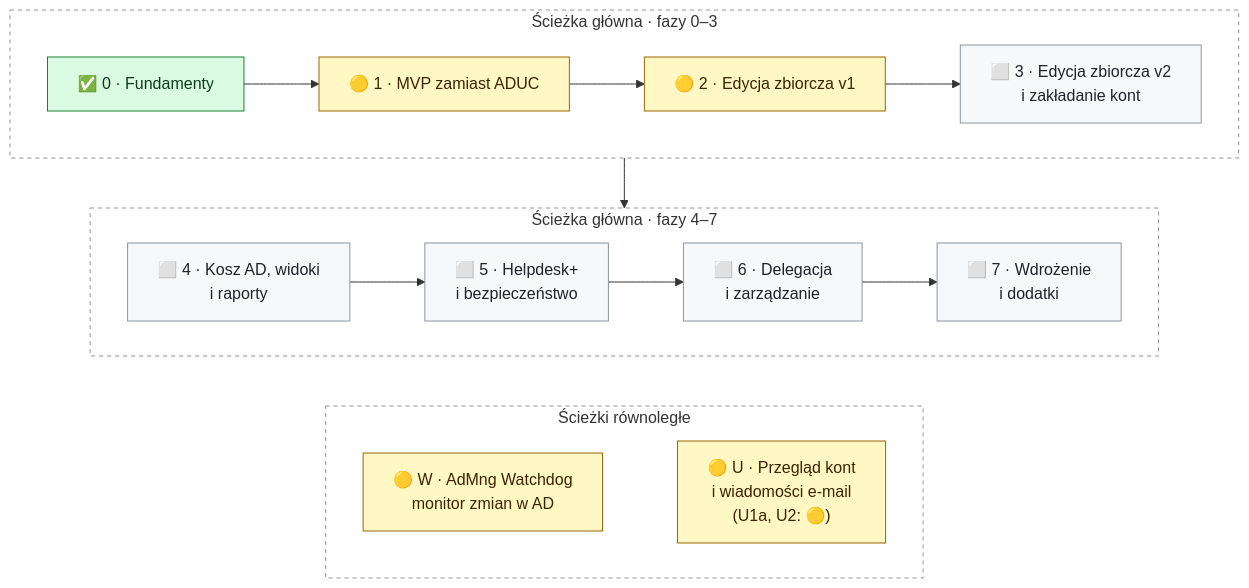
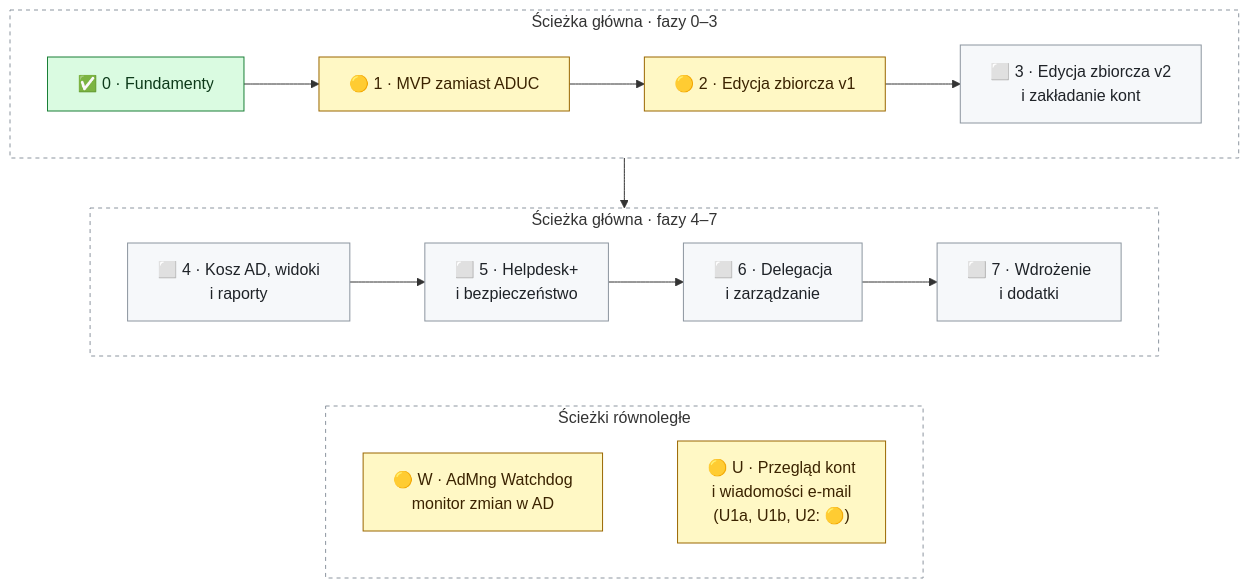
Before and after one commit to DarienRahl/AD_MNG: the diagram in README.md, drawn with Mermaid. The commit also changed other lines of this file and 60 other files, not shown here.

````diff
--- a/README.md
+++ b/README.md
@@ -159,26 +159,26 @@
 ```mermaid
 flowchart TB
     subgraph A["Ścieżka główna · fazy 0–3"]
         direction LR
         F0["✅ 0 · Fundamenty"] --> F1["🟡 1 · MVP zamiast ADUC"] --> F2["🟡 2 · Edycja zbiorcza v1"] --> F3["⬜ 3 · Edycja zbiorcza v2<br/>i zakładanie kont"]
     end
     subgraph B["Ścieżka główna · fazy 4–7"]
         direction LR
         F4["⬜ 4 · Kosz AD, widoki<br/>i raporty"] --> F5["⬜ 5 · Helpdesk+<br/>i bezpieczeństwo"] --> F6["⬜ 6 · Delegacja<br/>i zarządzanie"] --> F7["⬜ 7 · Wdrożenie<br/>i dodatki"]
     end
     subgraph C["Ścieżki równoległe"]
         direction LR
-        W["🟡 W · AdMng Watchdog<br/>monitor zmian w AD"] ~~~ U["🟡 U · Przegląd kont<br/>i wiadomości e-mail<br/>(U1a, U2: 🟡)"]
+        W["🟡 W · AdMng Watchdog<br/>monitor zmian w AD"] ~~~ U["🟡 U · Przegląd kont<br/>i wiadomości e-mail<br/>(U1a, U1b, U2: 🟡)"]
     end
     A --> B
     B ~~~ C
     classDef done fill:#dafbe1,stroke:#1a7f37,color:#0d3a1a
     classDef wip fill:#fff8c5,stroke:#9a6700,color:#3b2300
     classDef todo fill:#f6f8fa,stroke:#8c959f,color:#1f2328
     class F0 done
     class F1,F2,W,U wip
     class F3,F4,F5,F6,F7 todo
     style A fill:transparent,stroke:#8c959f,stroke-dasharray:4 4
     style B fill:transparent,stroke:#8c959f,stroke-dasharray:4 4
     style C fill:transparent,stroke:#8c959f,stroke-dasharray:4 4
 ```
````
